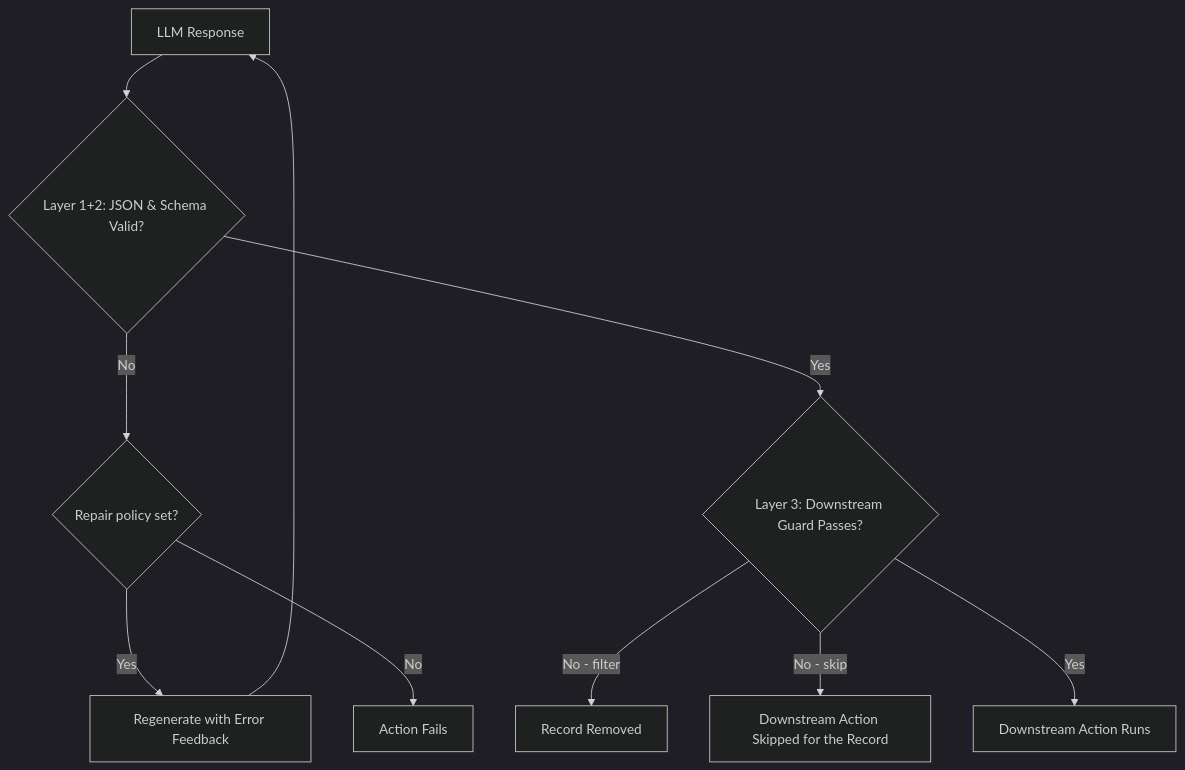
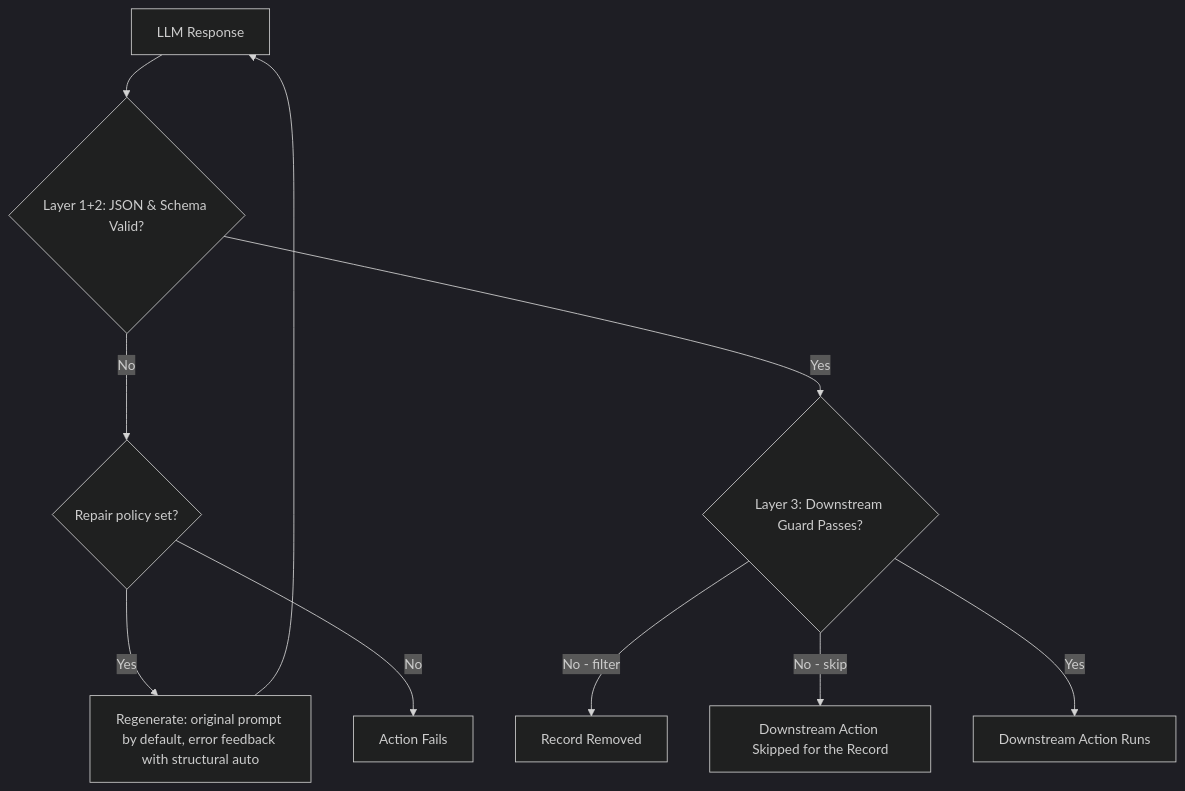
One commit to Muizzkolapo/agent-actions changed the diagram in docs.agent-actions/docs/reference/validation/output-validation.md. Above: the diagram before and after it, drawn with Mermaid (dark theme). The commit also changed other lines of this file, not shown here.

Commit message:
Say the default regeneration for a JSON or schema failure sends no feedback
structural defaults to retry, which resends the original prompt. Only
structural auto sends the error feedback.

Fixes #1734

````diff
--- a/docs.agent-actions/docs/reference/validation/output-validation.md
+++ b/docs.agent-actions/docs/reference/validation/output-validation.md
@@ -16,12 +16,12 @@
 ```mermaid
 flowchart TD
     A[LLM Response] --> B{Layer 1+2: JSON & Schema Valid?}
     B -->|No| G{Repair policy set?}
-    G -->|Yes| E[Regenerate with Error Feedback]
+    G -->|Yes| E[Regenerate: original prompt by default, error feedback with structural auto]
     G -->|No| H[Action Fails]
     E --> A
     B -->|Yes| I{Layer 3: Downstream Guard Passes?}
     I -->|No - filter| J[Record Removed]
     I -->|No - skip| K[Downstream Action Skipped for the Record]
     I -->|Yes| L[Downstream Action Runs]
 ```
````
